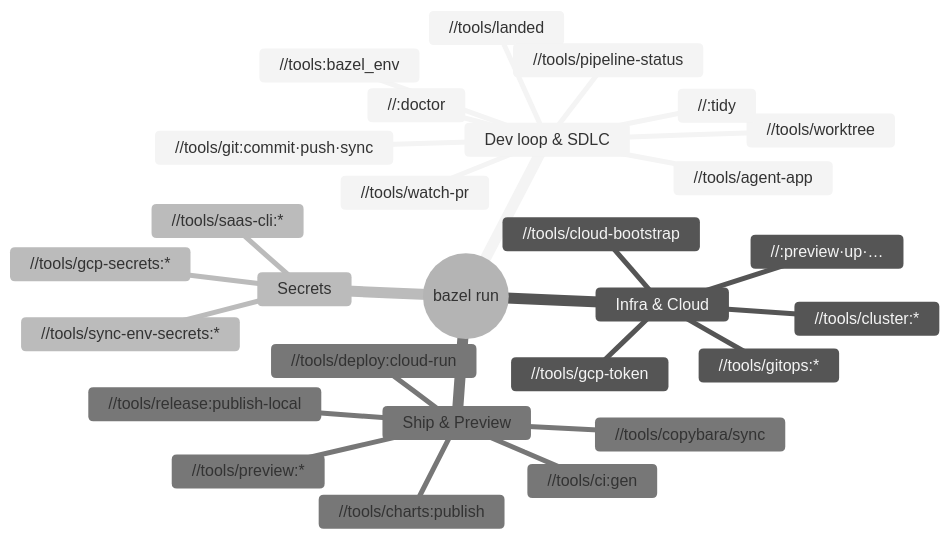
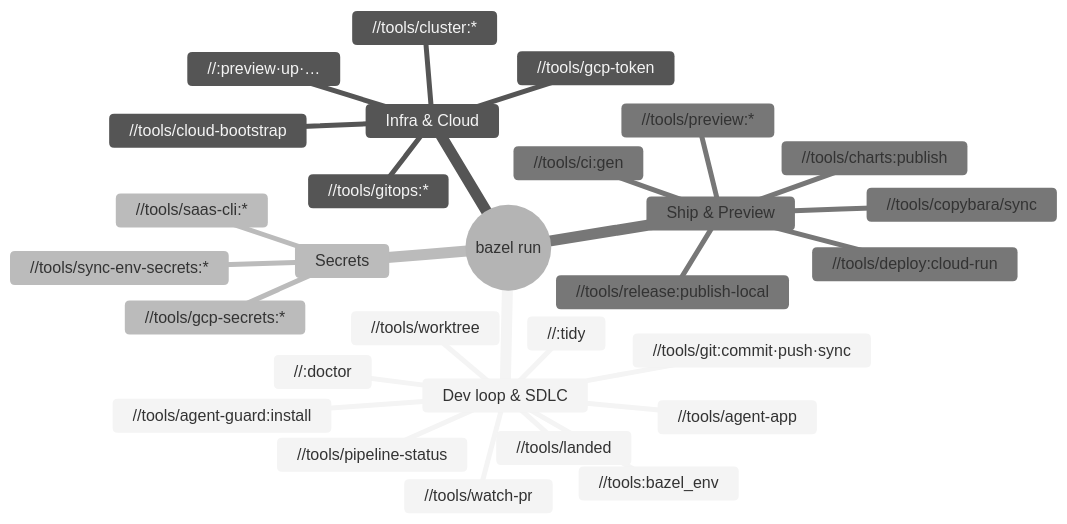
One commit to VitruvianSoftware/vitruvian-core changed the diagram in docs/reference/bazel-targets.md. Above: the diagram before and after it, drawn with Mermaid (neutral theme). The commit also changed other lines of this file and 10 other files, not shown here.

First line of the commit message:
feat(tools): agent-guard blocks repo and dev operations outside Bazel (#3430)

````diff
--- a/docs/reference/bazel-targets.md
+++ b/docs/reference/bazel-targets.md
@@ -11,31 +11,32 @@
 ```mermaid
 mindmap
   root((bazel run))
     Dev loop & SDLC
       //:doctor
       //tools/worktree
       //tools/git:commit·push·sync
+      //tools/agent-guard:install
       //tools/agent-app
       //tools/watch-pr
       //tools/landed
       //tools/pipeline-status
       //:tidy
       //tools:bazel_env
     Infra & Cloud
       //<pulumi project>:preview·up·…
       //tools/gcp-token
       //tools/cloud-bootstrap
       //tools/gitops:*
       //tools/cluster:*
     Secrets
       //tools/gcp-secrets:*
       //tools/sync-env-secrets:*
       //tools/saas-cli:*
     Ship & Preview
       //tools/ci:gen
       //tools/deploy:cloud-run
       //tools/preview:*
       //tools/charts:publish
       //tools/release:publish-local
       //tools/copybara/sync
 ```
````
